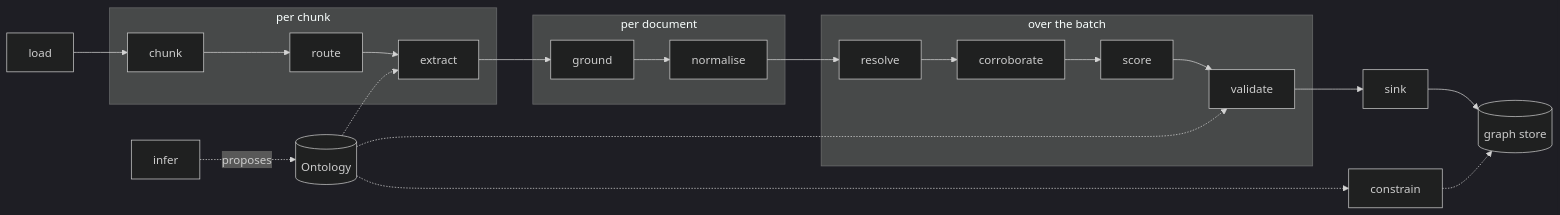
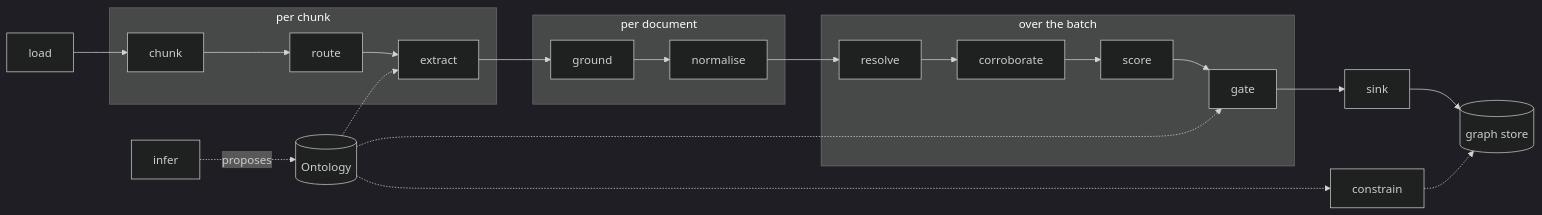
The diagram in docs/index.md (deepskandpal/odke), drawn with Mermaid (dark theme) before and after one commit. The commit also changed 8 other files, not shown here.

````diff
--- a/docs/index.md
+++ b/docs/index.md
@@ -31,22 +31,22 @@
 ```mermaid
 flowchart LR
   subgraph per_chunk [per chunk]
     chunk --> route --> extract
   end
   subgraph per_document [per document]
     ground --> normalise
   end
   subgraph over_the_batch [over the batch]
-    resolve --> corroborate --> score --> validate
+    resolve --> corroborate --> score --> gate
   end
   load --> chunk
   extract --> ground
   normalise --> resolve
-  validate --> sink
+  gate --> sink
   ontology[(Ontology)] -.-> extract
-  ontology -.-> validate
+  ontology -.-> gate
   ontology -.-> constrain
   constrain -.-> store[(graph store)]
   sink --> store
   infer -. proposes .-> ontology
 ```
````
